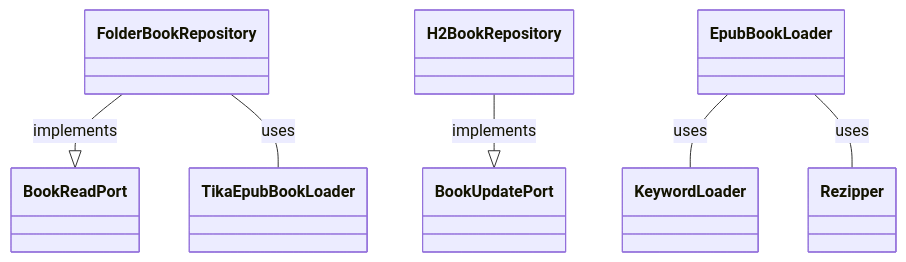
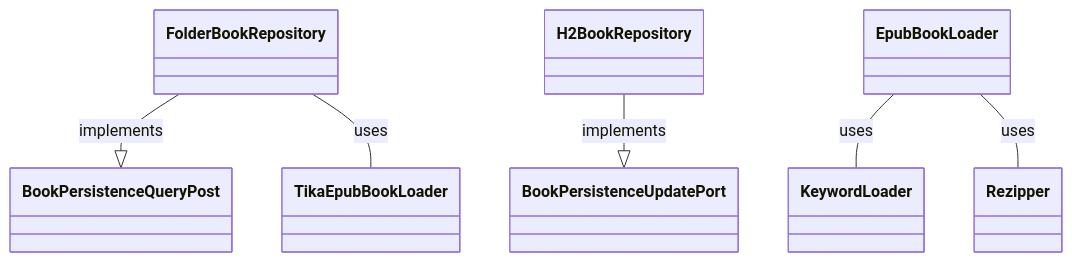
Before and after one commit to z669016/mybooks: the third of 3 diagrams in README.md, drawn with Mermaid. The commit also changed other lines of this file, not shown here.

Commit message:
Updated the description and mermaid class diagrams

````diff
--- a/README.md
+++ b/README.md
@@ -234,8 +238,8 @@
 ```mermaid
 classDiagram
-    FolderBookRepository --|> BookReadPort: implements
+    FolderBookRepository --|> BookPersistenceQueryPost: implements
     FolderBookRepository -- TikaEpubBookLoader: uses
-    H2BookRepository --|> BookUpdatePort: implements
+    H2BookRepository --|> BookPersistenceUpdatePort: implements
     EpubBookLoader -- KeywordLoader: uses
     EpubBookLoader -- Rezipper: uses
 ```
````
